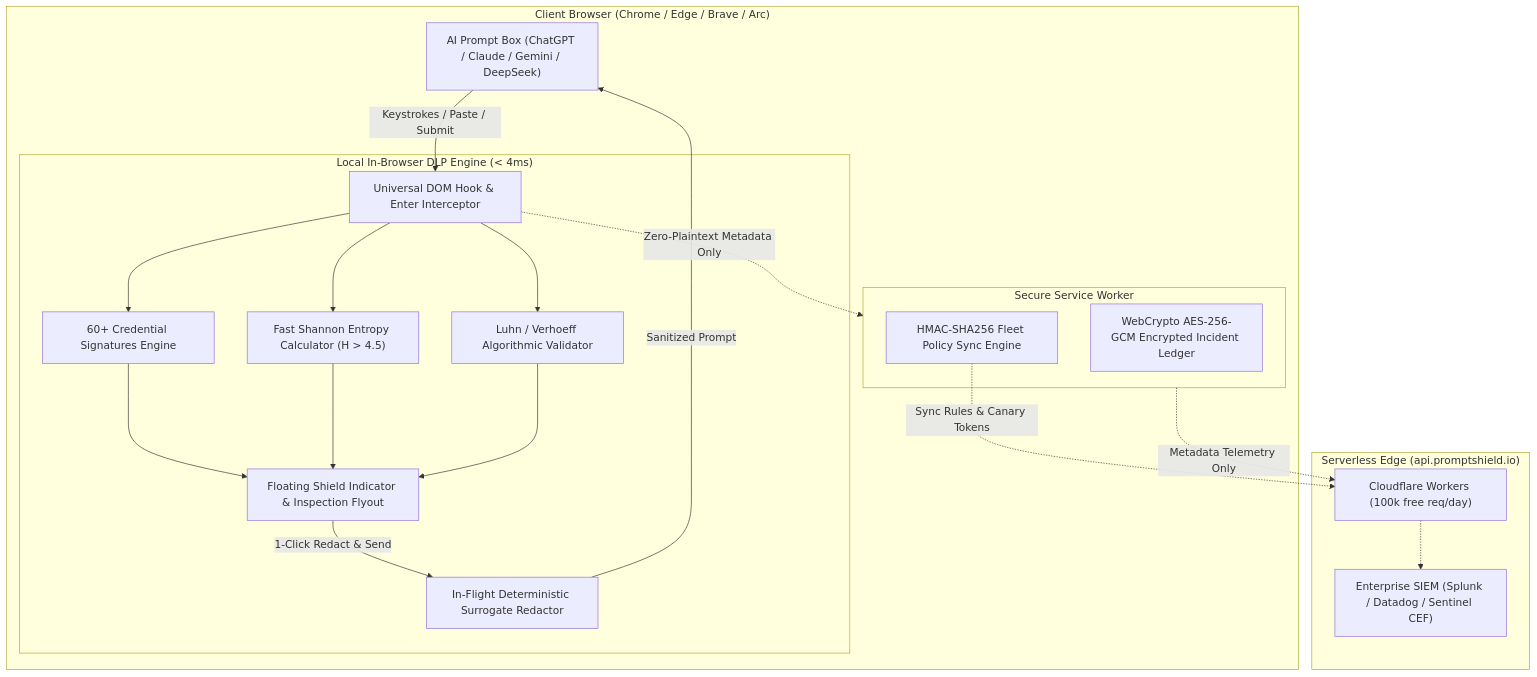
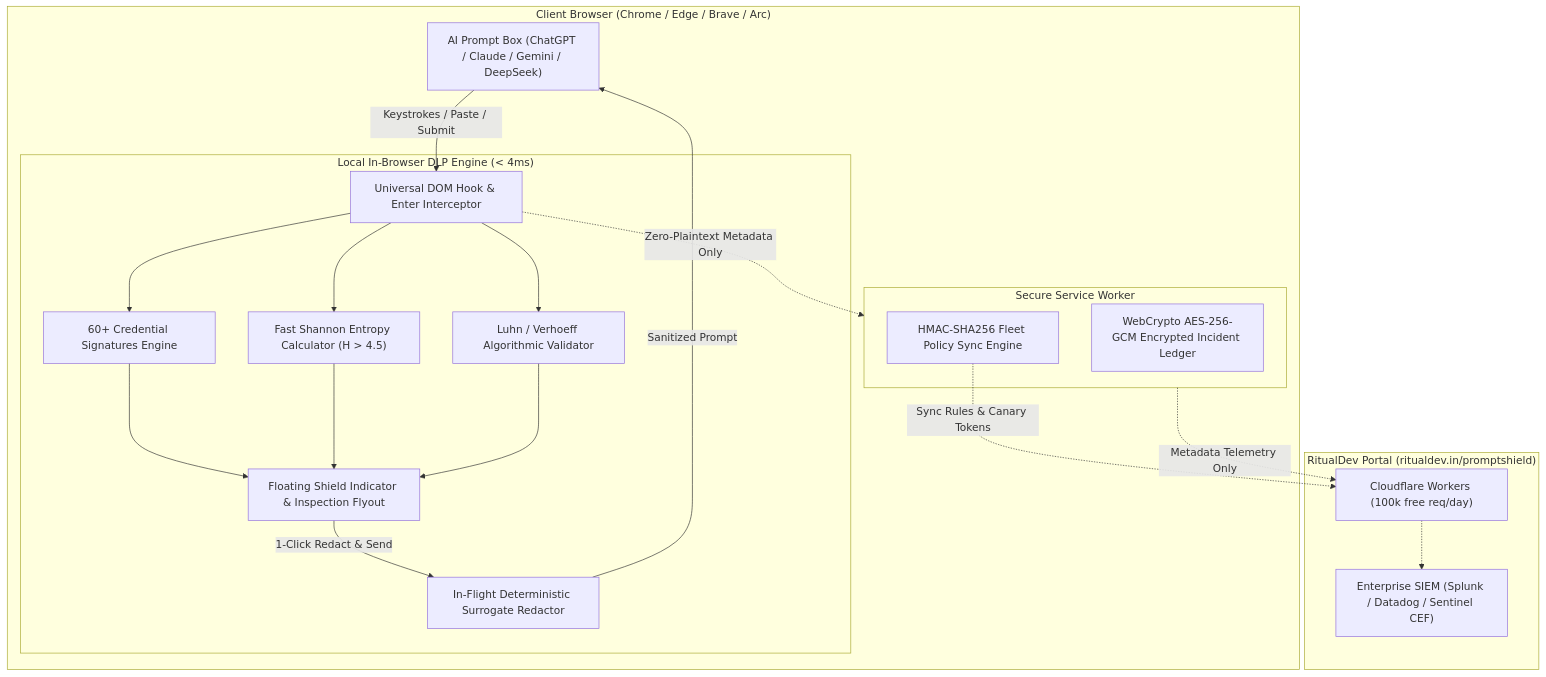
The diagram in README.md (RitualDev-Lab/PromptShield), drawn with Mermaid before and after one commit. The commit also changed other lines of this file and 1 other file, not shown here.

````diff
--- a/README.md
+++ b/README.md
@@ -36,36 +36,36 @@
 ```mermaid
 flowchart TD
     subgraph BrowserWorkstation["Client Browser (Chrome / Edge / Brave / Arc)"]
         UI["AI Prompt Box (ChatGPT / Claude / Gemini / DeepSeek)"]
         
         subgraph ContentRuntime["Local In-Browser DLP Engine (< 4ms)"]
             DOMHook["Universal DOM Hook & Enter Interceptor"]
             RegexEngine["60+ Credential Signatures Engine"]
             EntropyEngine["Fast Shannon Entropy Calculator (H > 4.5)"]
             PIIEngine["Luhn / Verhoeff Algorithmic Validator"]
             SurrogateEngine["In-Flight Deterministic Surrogate Redactor"]
             OverlayBadge["Floating Shield Indicator & Inspection Flyout"]
         end
 
         subgraph BackgroundVault["Secure Service Worker"]
             LocalVault["WebCrypto AES-256-GCM Encrypted Incident Ledger"]
             PolicySync["HMAC-SHA256 Fleet Policy Sync Engine"]
         end
         
         UI -->|Keystrokes / Paste / Submit| DOMHook
         DOMHook --> RegexEngine & EntropyEngine & PIIEngine
         RegexEngine & EntropyEngine & PIIEngine --> OverlayBadge
         OverlayBadge -->|1-Click Redact & Send| SurrogateEngine
         SurrogateEngine -->|Sanitized Prompt| UI
         DOMHook -.->|Zero-Plaintext Metadata Only| BackgroundVault
     end
 
-    subgraph ZeroCostEdge["Serverless Edge (api.promptshield.io)"]
+    subgraph ZeroCostEdge["RitualDev Portal (ritualdev.in/promptshield)"]
         CFWorkers["Cloudflare Workers (100k free req/day)"]
         SIEM["Enterprise SIEM (Splunk / Datadog / Sentinel CEF)"]
     end
 
     PolicySync -.->|Sync Rules & Canary Tokens| CFWorkers
     BackgroundVault -.->|Metadata Telemetry Only| CFWorkers
     CFWorkers -.-> SIEM
 ```
````
